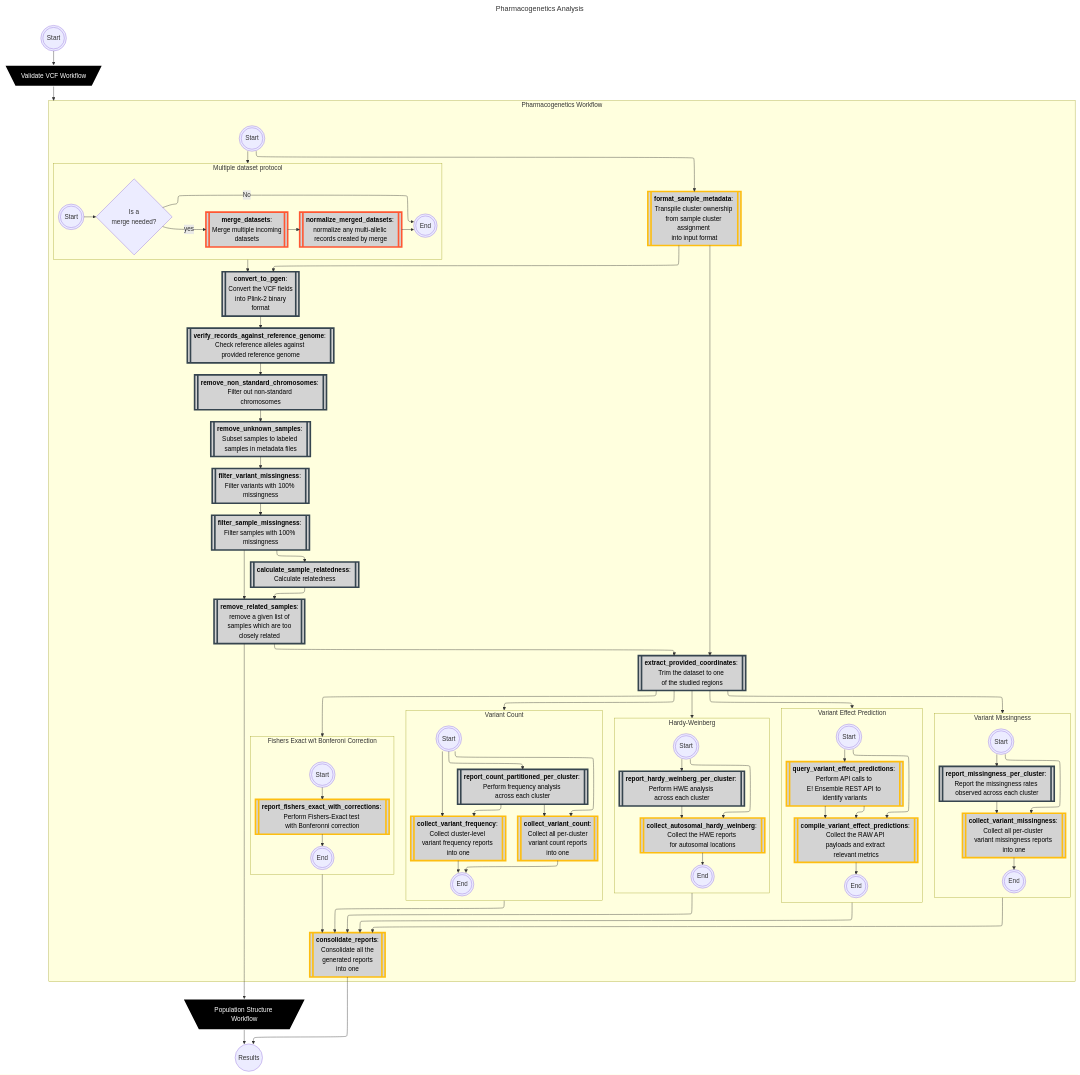
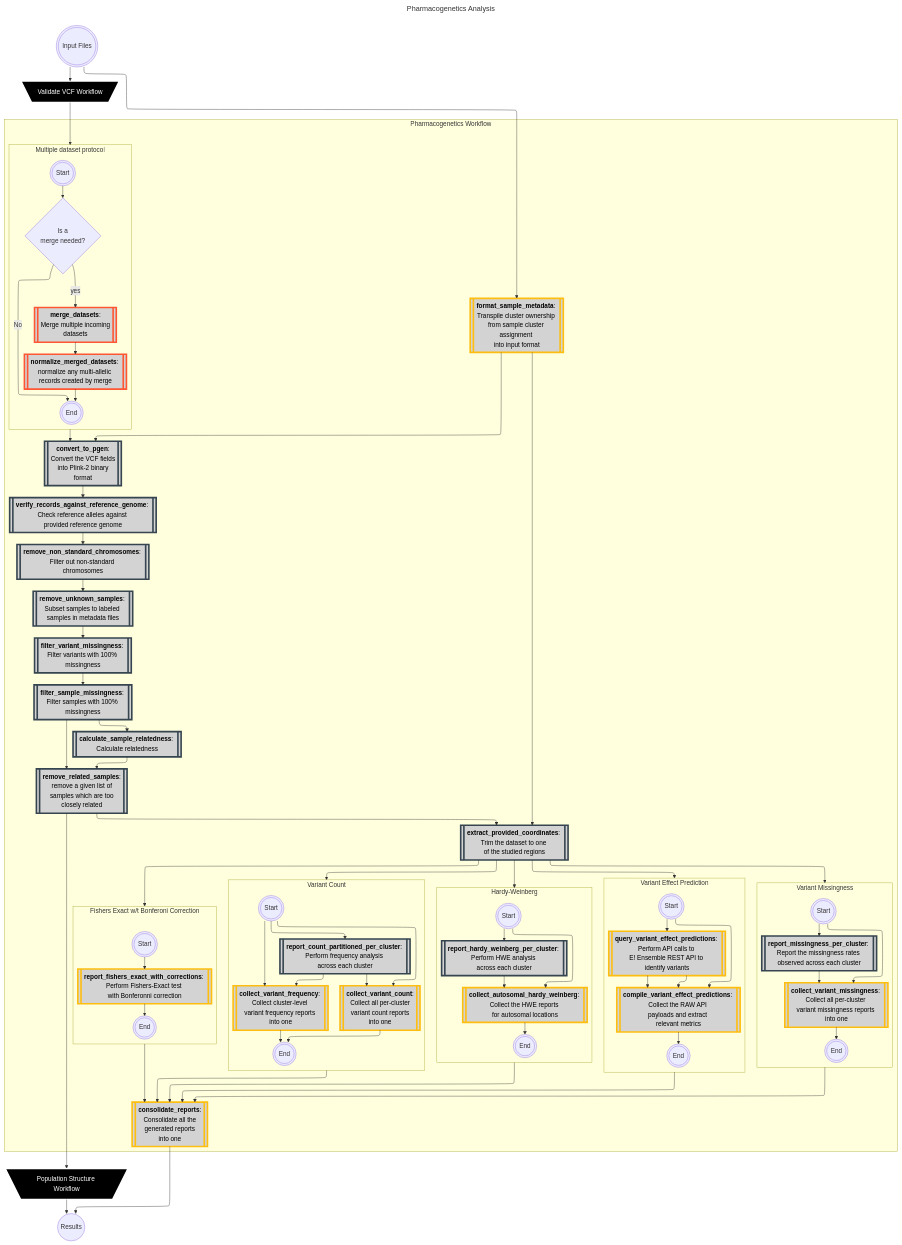
Before and after one commit to Tuks-ICMM/Pharmacogenetic-Analysis-Pipeline: the first of 30 diagrams in .docs/02-workflow/02-methodology.md, drawn with Mermaid. The commit also changed other lines of this file and 16 other files, not shown here.

```diff
--- a/.docs/02-workflow/02-methodology.md
+++ b/.docs/02-workflow/02-methodology.md
@@ -45,11 +45,14 @@
         defaultRenderer: elk
 ---
 flowchart TD
-    START(((Start)))
+    START(((Input Files)))
+    click START href "/workflow/data" _blank
+
     ValidateVcfWorkflow[\Validate VCF Workflow/]
     click ValidateVcfWorkflow href "https://tuks-icmm.github.io/VCF-Validation-Workflow/workflow/methodology" _blank
 
-    START --> ValidateVcfWorkflow
+    START --> ValidateVcfWorkflow --> multipleVcfProtocol
+    START --> format_sample_metadata
 
     subgraph pharmacogeneticsWorkflow [Pharmacogenetics Workflow]
         direction BT
@@ -61,9 +64,6 @@
         classDef tabix stroke:#023020,fill:#D3D3D3,stroke-width:4px,color:black;
         classDef gatk stroke:#007FFF,fill:#D3D3D3,stroke-width:4px,color:black;
         classDef workflow stroke:#fff,fill:#000000,stroke-width:4px,color:white;
-
-
-        pharmacogeneticsWorkflow_START(((Start)))
 
         subgraph multipleVcfProtocol [Multiple dataset protocol]
             direction LR
@@ -198,9 +198,6 @@
 
     remove_related_samples --> PopulationStructureWorkflow
 
-    ValidateVcfWorkflow --> pharmacogeneticsWorkflow
-
-    pharmacogeneticsWorkflow_START --> multipleVcfProtocol & format_sample_metadata
 
     END((Results))
 
```
